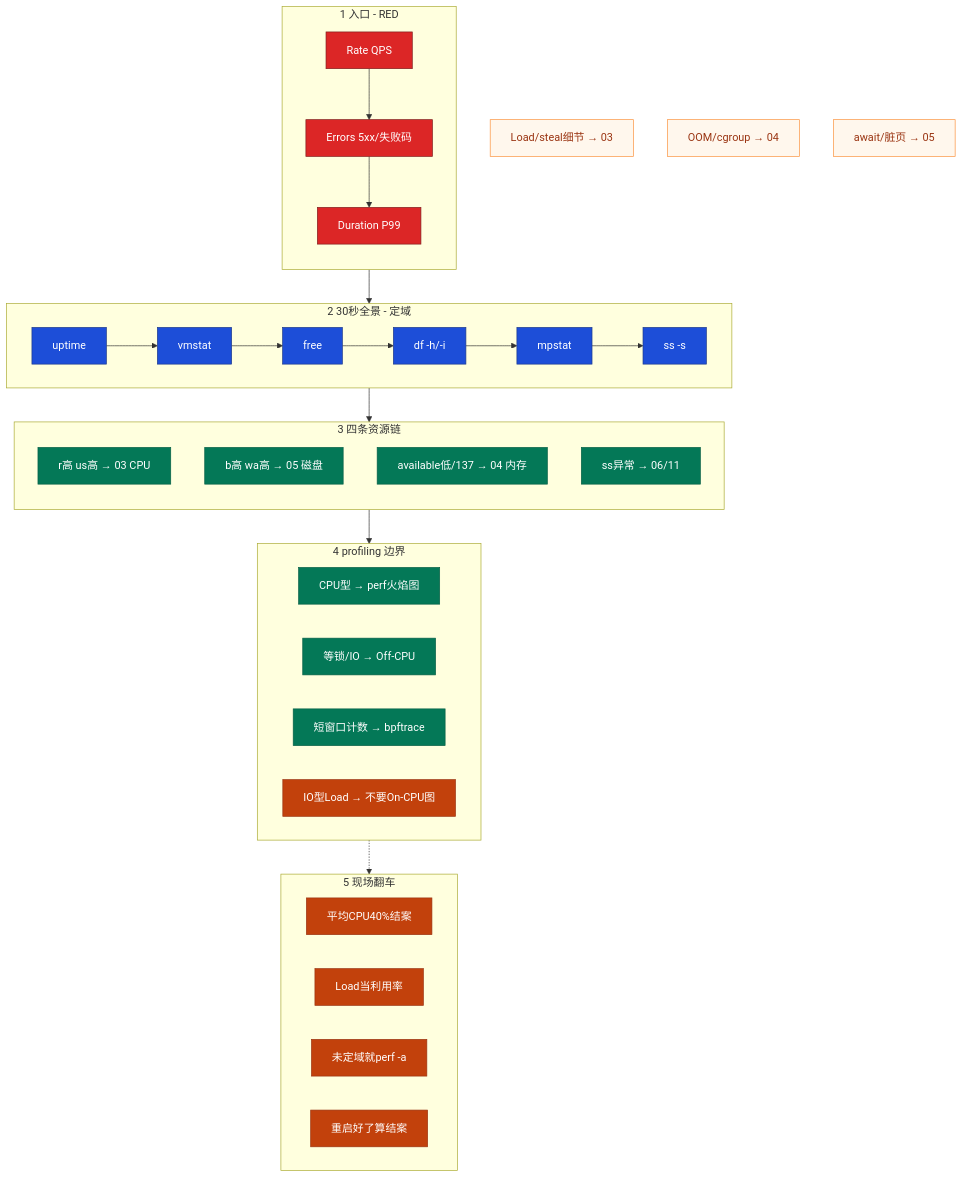
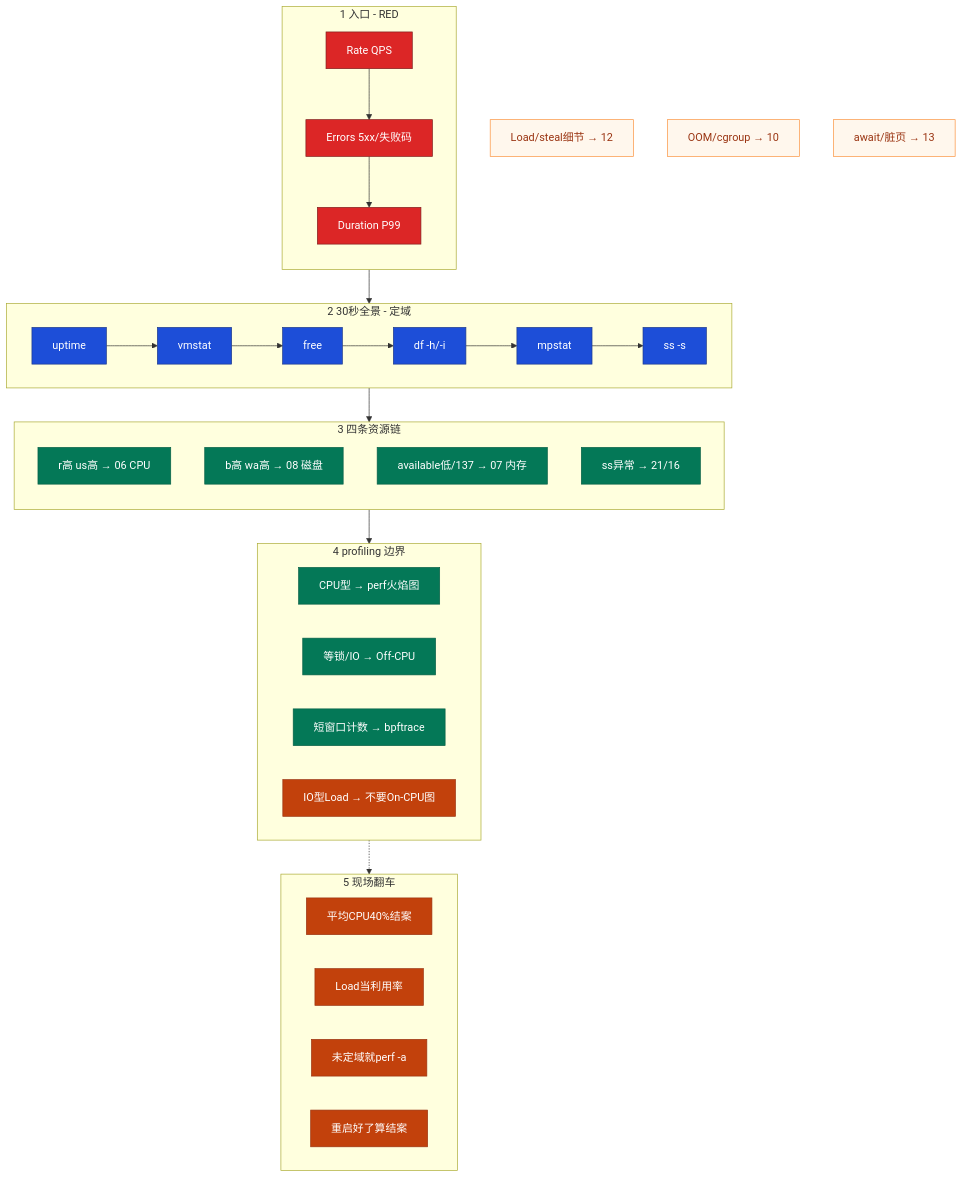
One commit to ml-cuizijun/LearnToLilith changed the first of 5 diagrams in 01-基础底座/21-性能观测与排障/知识点.md. Above: the diagram before and after it, drawn with Mermaid. The commit also changed other lines of this file and 56 other files, not shown here.

````diff
--- a/01-基础底座/21-性能观测与排障/知识点.md
+++ b/01-基础底座/21-性能观测与排障/知识点.md
@@ -64,61 +64,61 @@
 ```mermaid
 flowchart TB
     classDef red fill:#DC2626,stroke:#7F1D1D,color:#fff
     classDef cmd fill:#1D4ED8,stroke:#1E3A8A,color:#fff
     classDef host fill:#047857,stroke:#065F46,color:#fff
     classDef danger fill:#C2410C,stroke:#9A3412,color:#fff
     classDef note fill:#FFF7ED,stroke:#FB923C,color:#9A3412
 
     subgraph ENTRY["1 入口 - RED"]
         direction TB
         R1["Rate QPS"] --> R2["Errors 5xx/失败码"]
         R2 --> R3["Duration P99"]
     end
 
     subgraph TRIAGE["2 30秒全景 - 定域"]
         direction LR
         T1["uptime"] --> T2["vmstat"]
         T2 --> T3["free"]
         T3 --> T4["df -h/-i"]
         T4 --> T5["mpstat"]
         T5 --> T6["ss -s"]
     end
 
     subgraph CHAINS["3 四条资源链"]
         direction TB
-        C1["r高 us高 → 03 CPU"]
-        C2["b高 wa高 → 05 磁盘"]
-        C3["available低/137 → 04 内存"]
-        C4["ss异常 → 06/11"]
+        C1["r高 us高 → 06 CPU"]
+        C2["b高 wa高 → 08 磁盘"]
+        C3["available低/137 → 07 内存"]
+        C4["ss异常 → 21/16"]
     end
 
     subgraph PROF["4 profiling 边界"]
         direction LR
         P1["CPU型 → perf火焰图"]
         P2["等锁/IO → Off-CPU"]
         P3["短窗口计数 → bpftrace"]
         P4["IO型Load → 不要On-CPU图"]
     end
 
     subgraph FAIL["5 现场翻车"]
         direction LR
         F1["平均CPU40%结案"]
         F2["Load当利用率"]
         F3["未定域就perf -a"]
         F4["重启好了算结案"]
     end
 
     ENTRY --> TRIAGE
     TRIAGE --> CHAINS
     CHAINS --> PROF
     PROF -.-> FAIL
 
-    N1["Load/steal细节 → 03"]:::note
-    N2["OOM/cgroup → 04"]:::note
-    N3["await/脏页 → 05"]:::note
+    N1["Load/steal细节 → 12"]:::note
+    N2["OOM/cgroup → 10"]:::note
+    N3["await/脏页 → 13"]:::note
 
     class R1,R2,R3 red
     class T1,T2,T3,T4,T5,T6 cmd
     class C1,C2,C3,C4,P1,P2,P3 host
     class F1,F2,F3,F4,P4 danger
 ```
````
